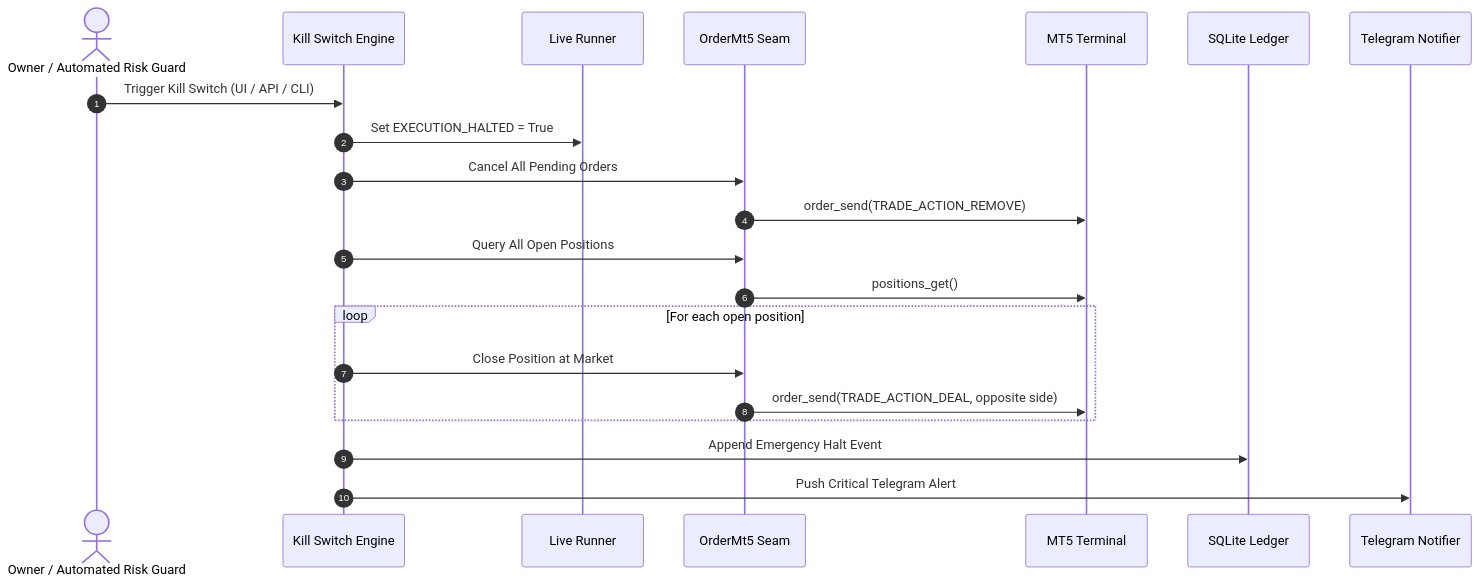
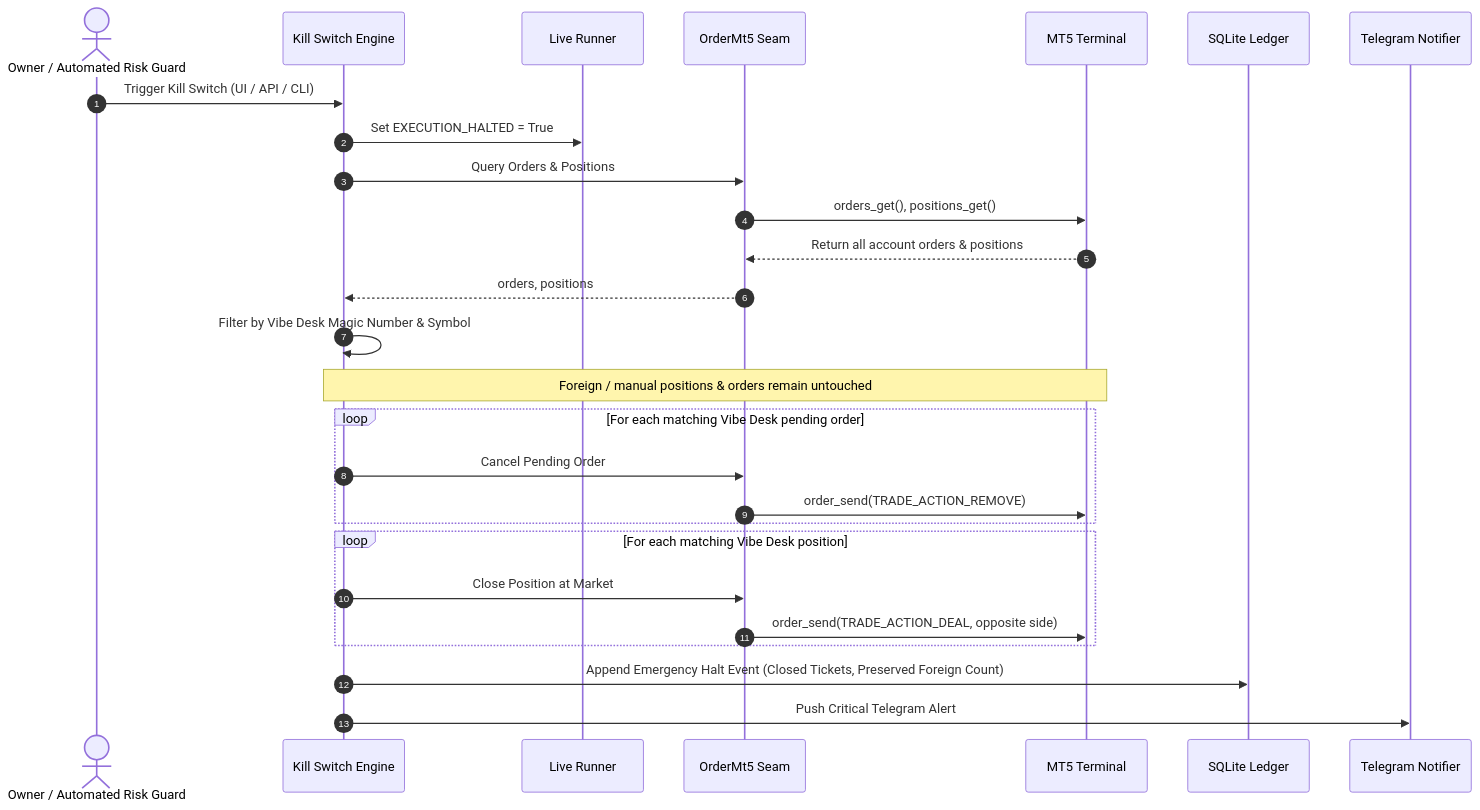
One commit to marknatdev/fxcommand changed the third of 5 diagrams in docs/design/order-side.md. Above: the diagram before and after it, drawn with Mermaid. The commit also changed other lines of this file, not shown here.

First line of the commit message:
docs(design): explicit magic number and symbol filtering in kill switch

````diff
--- a/docs/design/order-side.md
+++ b/docs/design/order-side.md
@@ -207,24 +207,30 @@
 ```mermaid
 sequenceDiagram
     autonumber
     actor Owner as Owner / Automated Risk Guard
     participant KS as Kill Switch Engine
     participant Runner as Live Runner
     participant OrderSeam as OrderMt5 Seam
     participant MT5 as MT5 Terminal
     participant Ledger as SQLite Ledger
     participant Notify as Telegram Notifier
 
     Owner->>KS: Trigger Kill Switch (UI / API / CLI)
     KS->>Runner: Set EXECUTION_HALTED = True
-    KS->>OrderSeam: Cancel All Pending Orders
-    OrderSeam->>MT5: order_send(TRADE_ACTION_REMOVE)
-    KS->>OrderSeam: Query All Open Positions
-    OrderSeam->>MT5: positions_get()
-    loop For each open position
+    KS->>OrderSeam: Query Orders & Positions
+    OrderSeam->>MT5: orders_get(), positions_get()
+    MT5-->>OrderSeam: Return all account orders & positions
+    OrderSeam-->>KS: orders, positions
+    KS->>KS: Filter by Vibe Desk Magic Number & Symbol
+    Note over KS,MT5: Foreign / manual positions & orders remain untouched
+    loop For each matching Vibe Desk pending order
+        KS->>OrderSeam: Cancel Pending Order
+        OrderSeam->>MT5: order_send(TRADE_ACTION_REMOVE)
+    end
+    loop For each matching Vibe Desk position
         KS->>OrderSeam: Close Position at Market
         OrderSeam->>MT5: order_send(TRADE_ACTION_DEAL, opposite side)
     end
-    KS->>Ledger: Append Emergency Halt Event
+    KS->>Ledger: Append Emergency Halt Event (Closed Tickets, Preserved Foreign Count)
     KS->>Notify: Push Critical Telegram Alert
 ```
````
